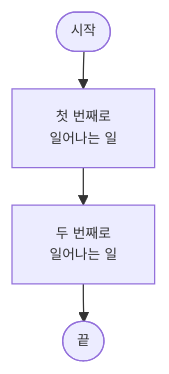
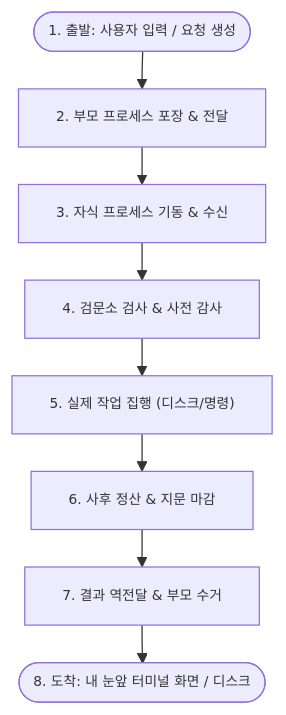
Before and after one commit to RadiantCitron/authz-harness: the diagram in docs/작동원리/TEMPLATE.md, drawn with Mermaid. The commit also changed other lines of this file and 1 other file, not shown here.

````diff
--- a/docs/작동원리/TEMPLATE.md
+++ b/docs/작동원리/TEMPLATE.md
@@ -72,7 +57,11 @@
 ```mermaid
 %%{init: {"themeVariables": {"fontSize": "11px"}, "flowchart": {"nodeSpacing": 30, "rankSpacing": 30}}}%%
 flowchart TD
-    S(["시작"]) --> A["첫 번째로<br/>일어나는 일"]
-    A --> B["두 번째로<br/>일어나는 일"]
-    B --> E(["끝"])
+    Start(["1. 출발: 사용자 입력 / 요청 생성"]) --> Step1["2. 부모 프로세스 포장 & 전달"]
+    Step1 --> Step2["3. 자식 프로세스 기동 & 수신"]
+    Step2 --> Step3["4. 검문소 검사 & 사전 감사"]
+    Step3 --> Step4["5. 실제 작업 집행 (디스크/명령)"]
+    Step4 --> Step5["6. 사후 정산 & 지문 마감"]
+    Step5 --> Step6["7. 결과 역전달 & 부모 수거"]
+    Step6 --> End(["8. 도착: 내 눈앞 터미널 화면 / 디스크"])
 ```
````
